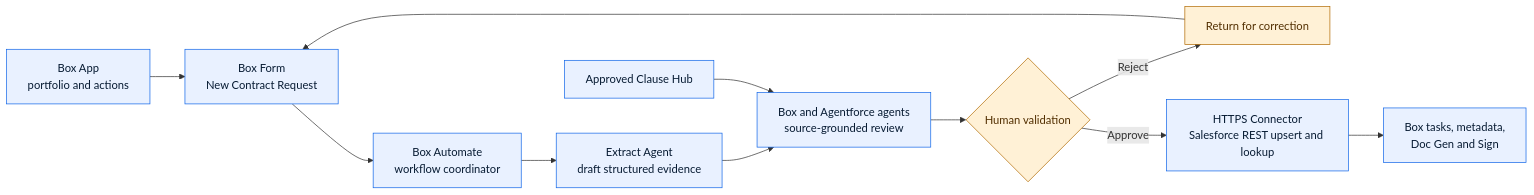
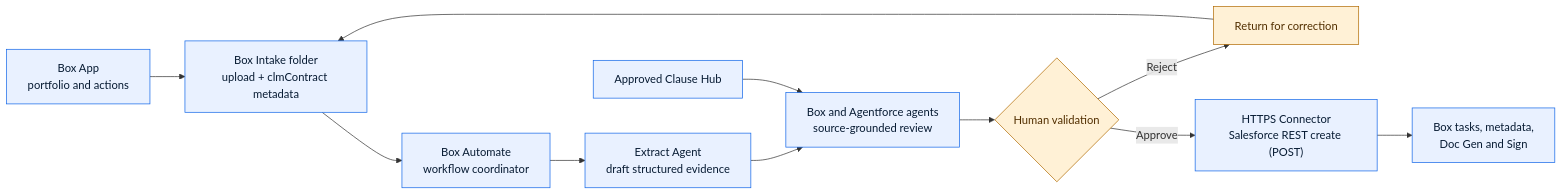
The diagram in docs/diagrams/box-automate-agentic-orchestration-flow.mmd (unofficialbox/box-bedrock-for-clm), drawn with Mermaid before and after one commit. The commit also changed 35 other files, not shown here.

First line of the commit message:
Sweep docs and diagrams to the metadata-triggered intake

```diff
--- a/docs/diagrams/box-automate-agentic-orchestration-flow.mmd
+++ b/docs/diagrams/box-automate-agentic-orchestration-flow.mmd
@@ -1,16 +1,16 @@
 flowchart LR
-    App["Box App<br/>portfolio and actions"] --> Form["Box Form<br/>New Contract Request"]
-    Form --> Automate["Box Automate<br/>workflow coordinator"]
+    App["Box App<br/>portfolio and actions"] --> Intake["Box Intake folder<br/>upload + clmContract metadata"]
+    Intake --> Automate["Box Automate<br/>workflow coordinator"]
     Automate --> Extract["Extract Agent<br/>draft structured evidence"]
     Extract --> Review["Box and Agentforce agents<br/>source-grounded review"]
     Review --> Gate{"Human validation"}
     Gate -- "Reject" --> Rework["Return for correction"]
-    Rework --> Form
-    Gate -- "Approve" --> Connector["HTTPS Connector<br/>Salesforce REST upsert and lookup"]
+    Rework --> Intake
+    Gate -- "Approve" --> Connector["HTTPS Connector<br/>Salesforce REST create (POST)"]
     Connector --> Tasks["Box tasks, metadata,<br/>Doc Gen and Sign"]
     Hub["Approved Clause Hub"] --> Review
 
     classDef box fill:#e9f1ff,stroke:#1166e8,color:#071b33
     classDef human fill:#fff1d6,stroke:#b16a00,color:#522f00
-    class App,Form,Automate,Extract,Review,Connector,Tasks,Hub box
+    class App,Intake,Automate,Extract,Review,Connector,Tasks,Hub box
     class Gate,Rework human
```
